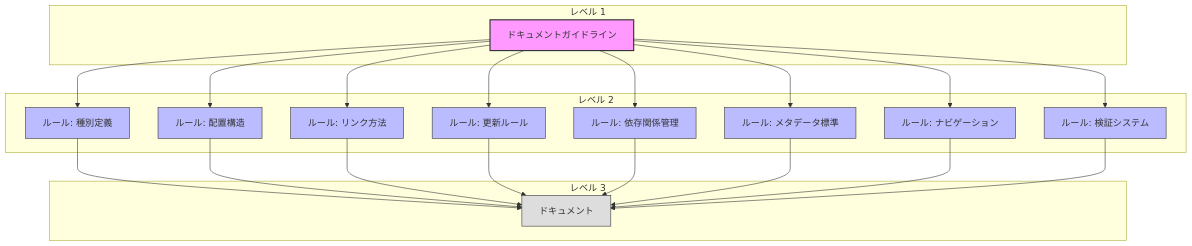
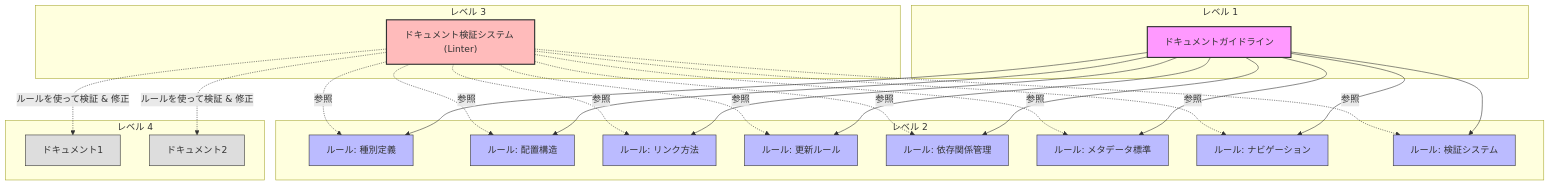
The diagram in docs/README.md (ToyB0x/git-resume), drawn with Mermaid before and after one commit. The commit also changed other lines of this file, not shown here.

````diff
--- a/docs/README.md
+++ b/docs/README.md
@@ -25,50 +32,60 @@
 ```mermaid
 graph TB
   subgraph "レベル 1"
     A["ドキュメントガイドライン"]
   end
   
   subgraph "レベル 2"
     B1["ルール: 種別定義"]
     B2["ルール: 配置構造"]
     B3["ルール: リンク方法"]
     B4["ルール: 更新ルール"]
     B5["ルール: 依存関係管理"]
     B6["ルール: メタデータ標準"]
     B7["ルール: ナビゲーション"]
     B8["ルール: 検証システム"]
   end
   
   subgraph "レベル 3"
-    C["ドキュメント"]
+    D["ドキュメント検証システム (Linter)"]
   end
-    
+  
+  subgraph "レベル 4"
+    E1["ドキュメント1"]
+    E2["ドキュメント2"]
+  end
+  
   A --> B1
   A --> B2
   A --> B3
   A --> B4
   A --> B5
   A --> B6
   A --> B7
   A --> B8
-      
-  B1 --> C
-  B2 --> C
-  B3 --> C
-  B4 --> C
-  B5 --> C
-  B6 --> C
-  B7 --> C
-  B8 --> C
-
+  
+  D -.-> |"参照"| B1
+  D -.-> |"参照"| B2
+  D -.-> |"参照"| B3
+  D -.-> |"参照"| B4
+  D -.-> |"参照"| B5
+  D -.-> |"参照"| B6
+  D -.-> |"参照"| B7
+  D -.-> |"参照"| B8
+  
+  D -.-> |"ルールを使って検証 & 修正"| E1
+  D -.-> |"ルールを使って検証 & 修正"| E2
+  
   style A fill:#f9f,stroke:#333,stroke-width:2px
   style B1 fill:#bbf,stroke:#333,stroke-width:1px
   style B2 fill:#bbf,stroke:#333,stroke-width:1px
   style B3 fill:#bbf,stroke:#333,stroke-width:1px
   style B4 fill:#bbf,stroke:#333,stroke-width:1px
   style B5 fill:#bbf,stroke:#333,stroke-width:1px
   style B6 fill:#bbf,stroke:#333,stroke-width:1px
   style B7 fill:#bbf,stroke:#333,stroke-width:1px
   style B8 fill:#bbf,stroke:#333,stroke-width:1px
-  style C fill:#ddd,stroke:#333,stroke-width:1px
+  style D fill:#fbb,stroke:#333,stroke-width:2px
+  style E1 fill:#ddd,stroke:#333,stroke-width:1px
+  style E2 fill:#ddd,stroke:#333,stroke-width:1px
 ```
````
